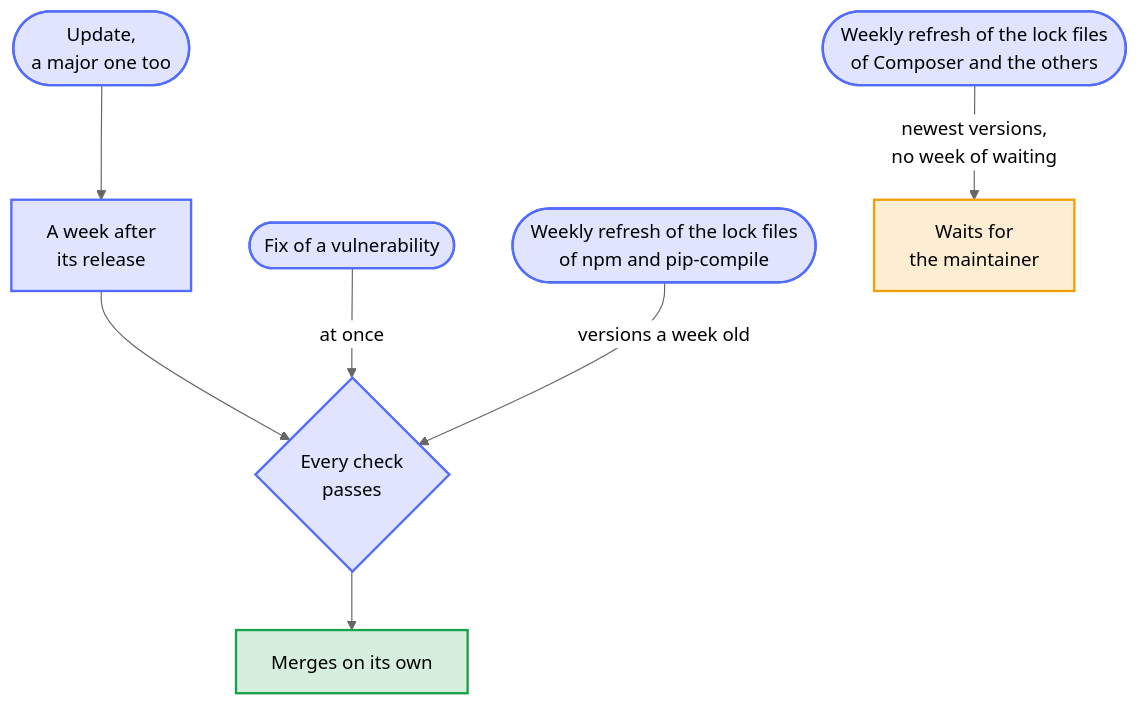
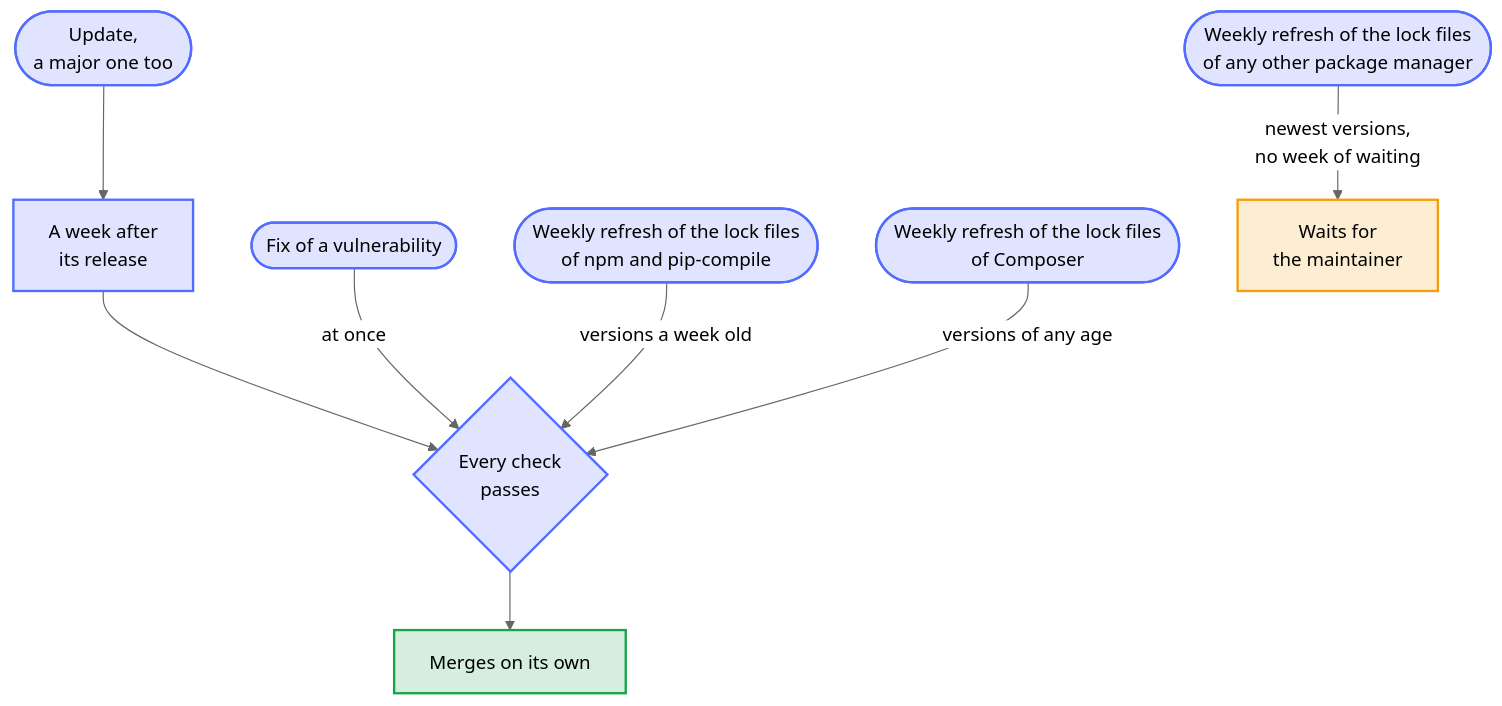
One commit to Dennis-Otto/repo-blueprint changed the diagram in docs/diagrams/which-updates-of-renovate-merge-on-their-own.mmd. Above: the diagram before and after it, drawn with Mermaid (neutral theme). The commit also changed 29 other files, not shown here.

First line of the commit message:
feat(deps): the weekly refresh of composer.lock merges by itself (#1027)

```diff
--- a/docs/diagrams/which-updates-of-renovate-merge-on-their-own.mmd
+++ b/docs/diagrams/which-updates-of-renovate-merge-on-their-own.mmd
@@ -1,30 +1,32 @@
 ---
 config:
   flowchart:
     wrappingWidth: 400
 ---
 flowchart TB
     accTitle: Which updates of Renovate merge on their own
-    accDescr: Every update, a major one too, waits a week after its release and then merges on its own once every check passes. An update that fixes a vulnerability comes at once and merges on its own. The weekly refresh of the lock files of npm and pip-compile keeps to versions a week old and merges on its own as well. The refresh of a package manager that can't keep to that age, such as Composer, brings the newest version of every indirect dependency, without a week of waiting, so it waits for the maintainer.
+    accDescr: Every update, a major one too, waits a week after its release and then merges on its own once every check passes. An update that fixes a vulnerability comes at once and merges on its own. The weekly refresh of the lock files of npm and pip-compile keeps to versions a week old and merges on its own as well. The refresh of Composer can't keep to that age, as nothing dates its versions, and merges on its own with versions of any age once every check passes. The refresh of any other package manager brings the newest version of every indirect dependency, without a week of waiting, so it waits for the maintainer.
 
     update(["Update,<br>a major one too"])
     fix(["Fix of a vulnerability"])
     refresh(["Weekly refresh of the lock files<br>of npm and pip-compile"])
-    composer(["Weekly refresh of the lock files<br>of Composer and the others"])
+    composer(["Weekly refresh of the lock files<br>of Composer"])
+    other(["Weekly refresh of the lock files<br>of any other package manager"])
     week["A week after<br>its release"]
     checks{"Every check<br>passes"}
     merge["Merges on its own"]
     maintainer["Waits for<br>the maintainer"]
 
     update --> week --> checks
     fix -- "at once" --> checks
     refresh -- "versions a week old" --> checks
     checks --> merge
-    composer -- "newest versions,<br>no week of waiting" --> maintainer
+    composer -- "versions of any age" --> checks
+    other -- "newest versions,<br>no week of waiting" --> maintainer
 
     classDef bot fill:#526cfe2e,stroke:#526cfe,stroke-width:2px
     classDef person fill:#f59e0b2e,stroke:#f59e0b,stroke-width:2px
     classDef done fill:#16a34a2e,stroke:#16a34a,stroke-width:2px
-    class update,fix,refresh,composer,week,checks bot
+    class update,fix,refresh,composer,other,week,checks bot
     class maintainer person
     class merge done
```
